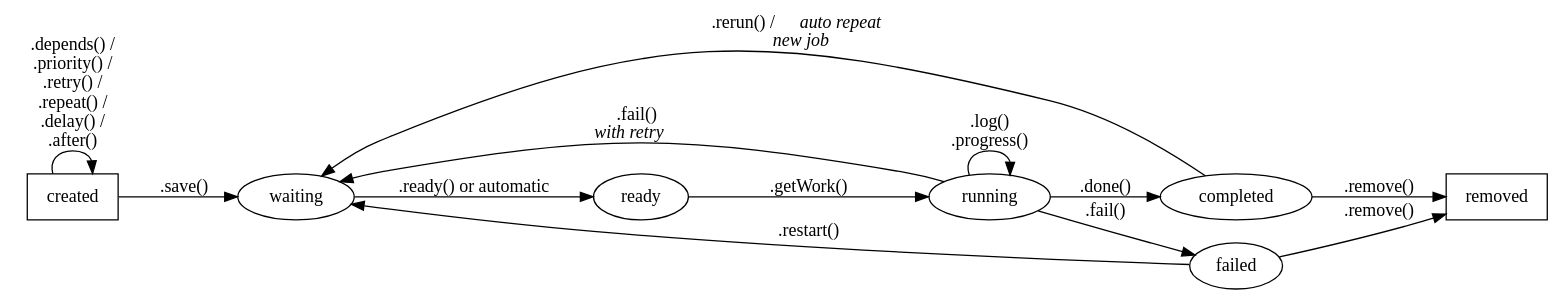
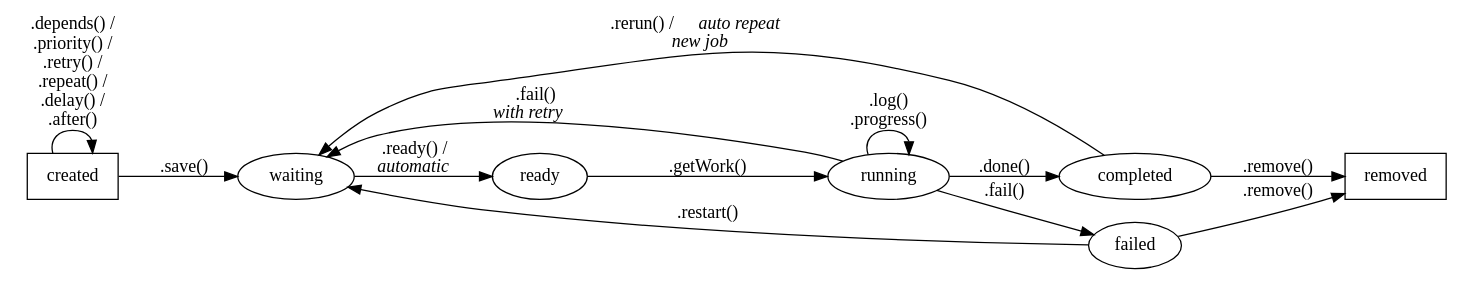
Before and after one commit to vsivsi/meteor-job: the diagram in doc/normal-states.dot, drawn with Graphviz. The commit also changed 5 other files, not shown here.

Commit message:
Updated state diagrams

```diff
--- a/doc/normal-states.dot
+++ b/doc/normal-states.dot
@@ -1,24 +1,24 @@
 digraph jobStatus {
 
   graph [splines="spline" mclimit=20.0 ratio=auto rankdir=LR]
 
   created [shape=box];
   waiting;
   ready;
   running;
   completed;
   failed;
   removed [shape=box];
   created -> waiting [label=".save()" weight=100.0];
-  waiting -> ready [label=".ready() or automatic" weight=100.0];
+  waiting -> ready [label=<.ready() /<BR/><I>automatic</I>> weight=100.0];
   ready -> running [label=".getWork()" weight=100.0];
   running -> completed [label=".done()" weight=100.0];
   running -> failed [label=".fail()"];
   running -> waiting [label=<.fail()<BR/><I>with retry</I>>];
   completed -> removed [label=".remove()" weight=100.0];
   failed -> removed [label=".remove()"];
   completed -> waiting [label=<.rerun() / <I>auto repeat</I><BR/><I>new job</I>>];
   failed -> waiting [label=".restart()"];
   created -> created [label=".depends() /\n.priority() /\n.retry() /\n.repeat() /\n.delay() /\n.after()"];
   running -> running [label=".log()\n.progress()"];
 }
```
